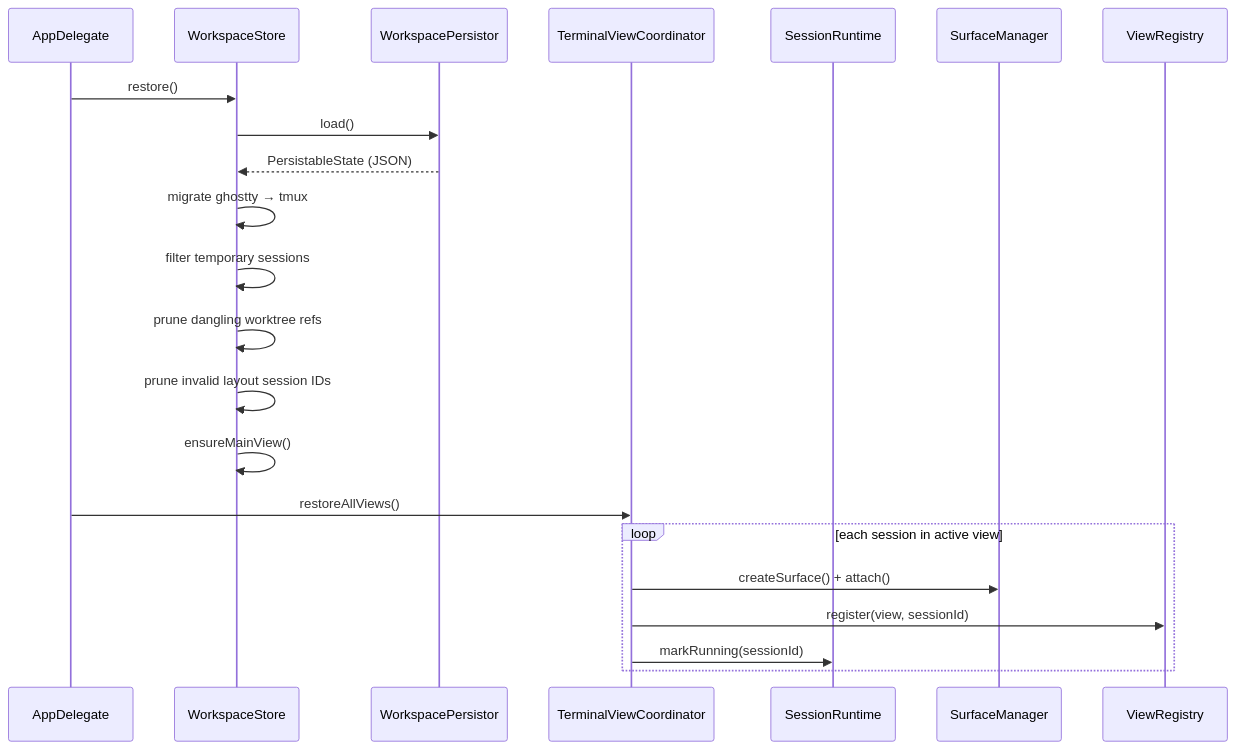
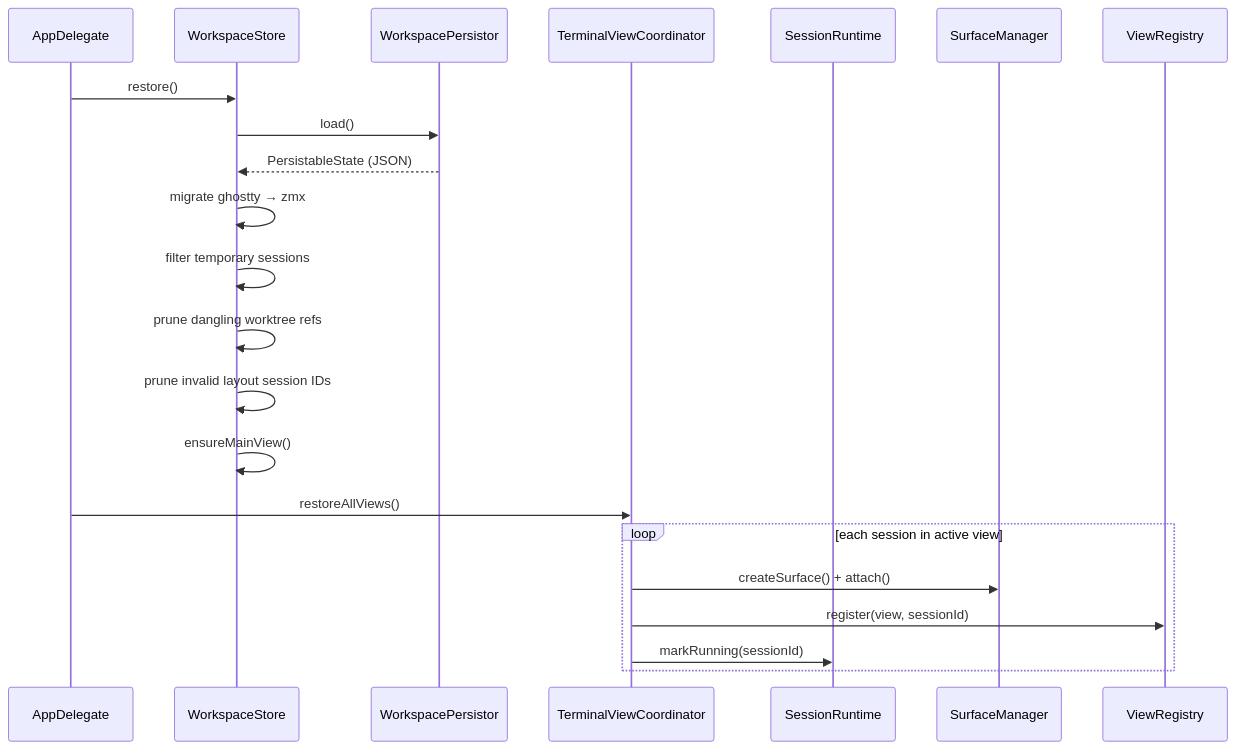
Before and after one commit to ShravanSunder/agentstudio: the third of 3 diagrams in docs/architecture/component_architecture.md, drawn with Mermaid. The commit also changed other lines of this file and 5 other files, not shown here.

````diff
--- a/docs/architecture/component_architecture.md
+++ b/docs/architecture/component_architecture.md
@@ -467,26 +467,26 @@
 ```mermaid
 sequenceDiagram
     participant AD as AppDelegate
     participant Store as WorkspaceStore
     participant P as WorkspacePersistor
     participant Coord as TerminalViewCoordinator
     participant RT as SessionRuntime
     participant SM as SurfaceManager
     participant VR as ViewRegistry
 
     AD->>Store: restore()
     Store->>P: load()
     P-->>Store: PersistableState (JSON)
-    Store->>Store: migrate ghostty → tmux
+    Store->>Store: migrate ghostty → zmx
     Store->>Store: filter temporary sessions
     Store->>Store: prune dangling worktree refs
     Store->>Store: prune invalid layout session IDs
     Store->>Store: ensureMainView()
 
     AD->>Coord: restoreAllViews()
     loop each session in active view
         Coord->>SM: createSurface() + attach()
         Coord->>VR: register(view, sessionId)
         Coord->>RT: markRunning(sessionId)
     end
 ```
````
